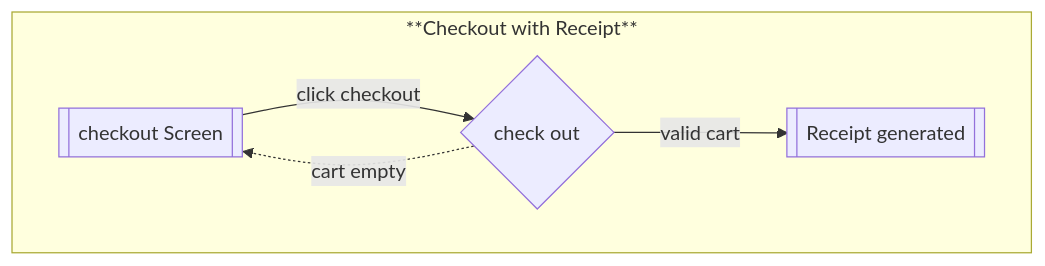
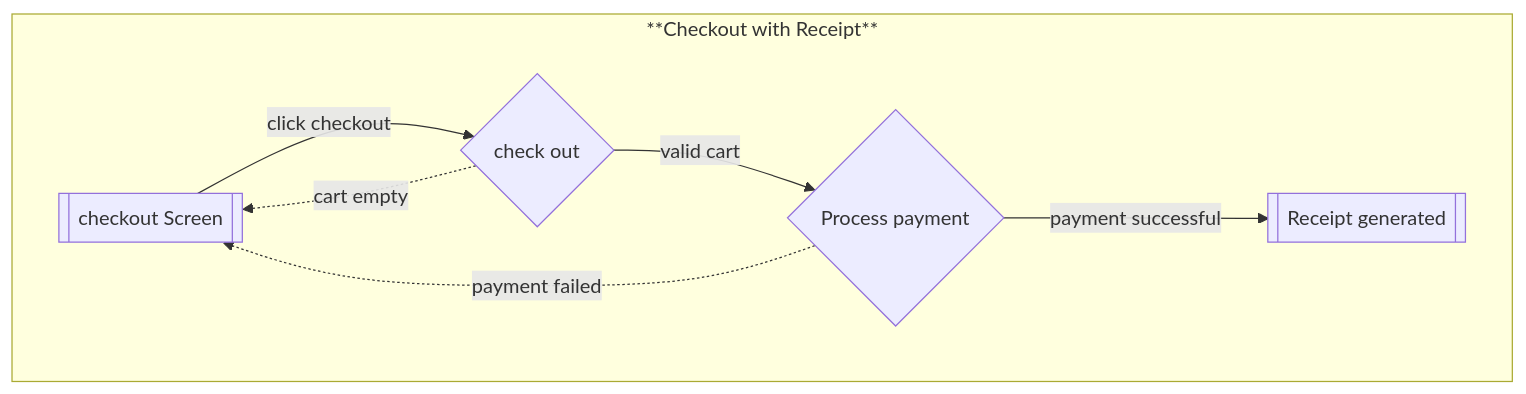
One commit to asantec2/cassy-project changed the second of 2 diagrams in flows.md. Above: the diagram before and after it, drawn with Mermaid. The commit also changed other lines of this file and 2 other files, not shown here.

````diff
--- a/flows.md
+++ b/flows.md
@@ -22,9 +21,11 @@
 ```mermaid
 flowchart
 subgraph **Checkout with Receipt**
 CheckoutScreen[[checkout Screen]]--click checkout-->Checkout{check out}
 Checkout -.cart empty .->CheckoutScreen
-Checkout --valid cart-->Receipt[[Receipt generated]]
+Checkout --valid cart-->Payment{Process payment}
+Payment -. payment failed .-> CheckoutScreen
+Payment -- payment successful -->Receipt[[Receipt generated]]
 
 end
 ```
````
